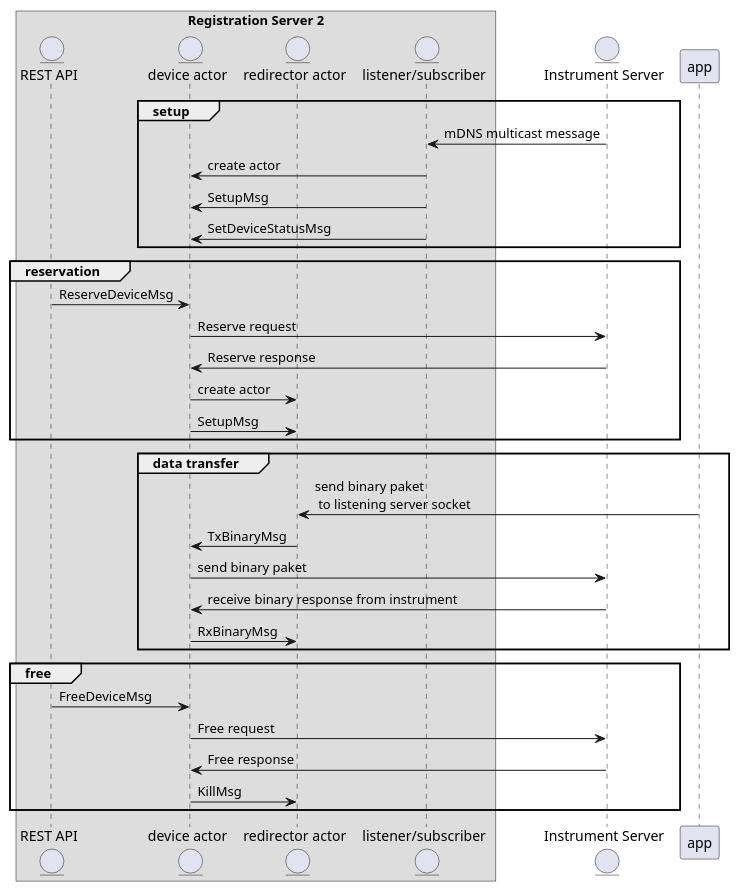
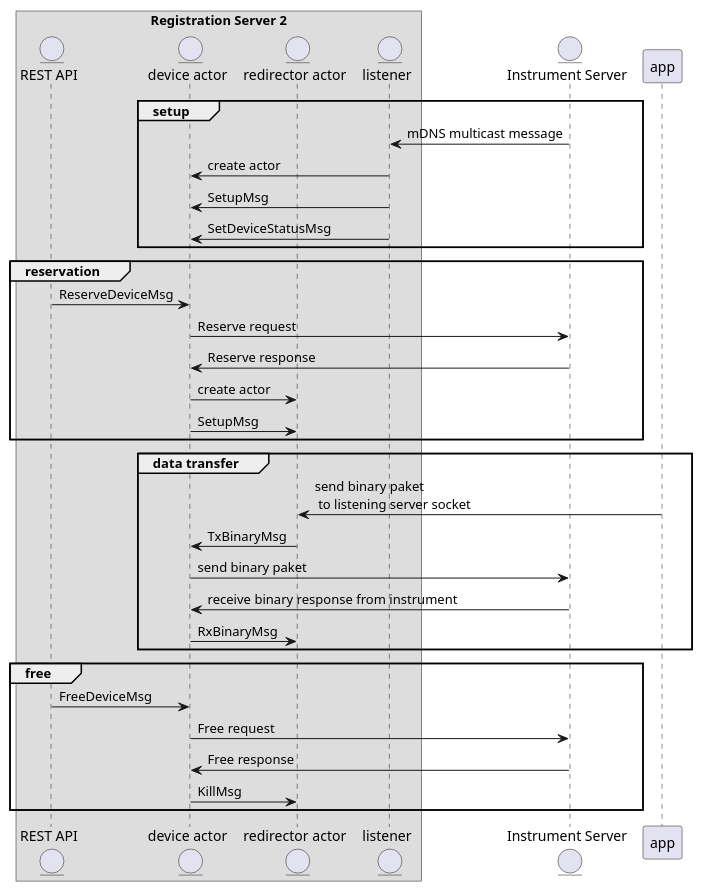
One commit to SARAD-GmbH/RegServer changed the diagram in doc/source/uml-device_actor.puml. Above: the diagram before and after it, drawn with PlantUML. The commit also changed 14 other files, not shown here.

```diff
--- a/doc/source/uml-device_actor.puml
+++ b/doc/source/uml-device_actor.puml
@@ -1,36 +1,36 @@
 @startuml
 box "Registration Server 2"
 	      entity "REST API" as api
 	      entity "device actor" as deviceactor
         entity "redirector actor" as redirector
-        entity "listener/subscriber" as listener
+        entity "listener" as listener
 end box
 entity "Instrument Server" as is
 
 group setup
         is -> listener: mDNS multicast message
         listener -> deviceactor: create actor
         listener -> deviceactor: SetupMsg
         listener -> deviceactor: SetDeviceStatusMsg
 end
 group reservation
 	      api -> deviceactor: ReserveDeviceMsg
         deviceactor -> is: Reserve request
         is -> deviceactor: Reserve response
         deviceactor -> redirector: create actor
         deviceactor -> redirector: SetupMsg
 end
 group data transfer
 	      app -> redirector: send binary paket\n to listening server socket
         redirector -> deviceactor: TxBinaryMsg
         deviceactor -> is: send binary paket
         is -> deviceactor: receive binary response from instrument
         deviceactor -> redirector: RxBinaryMsg
 end
 group free
 	      api -> deviceactor: FreeDeviceMsg
         deviceactor -> is: Free request
         is -> deviceactor: Free response
         deviceactor -> redirector: KillMsg
 end
 @enduml
```
